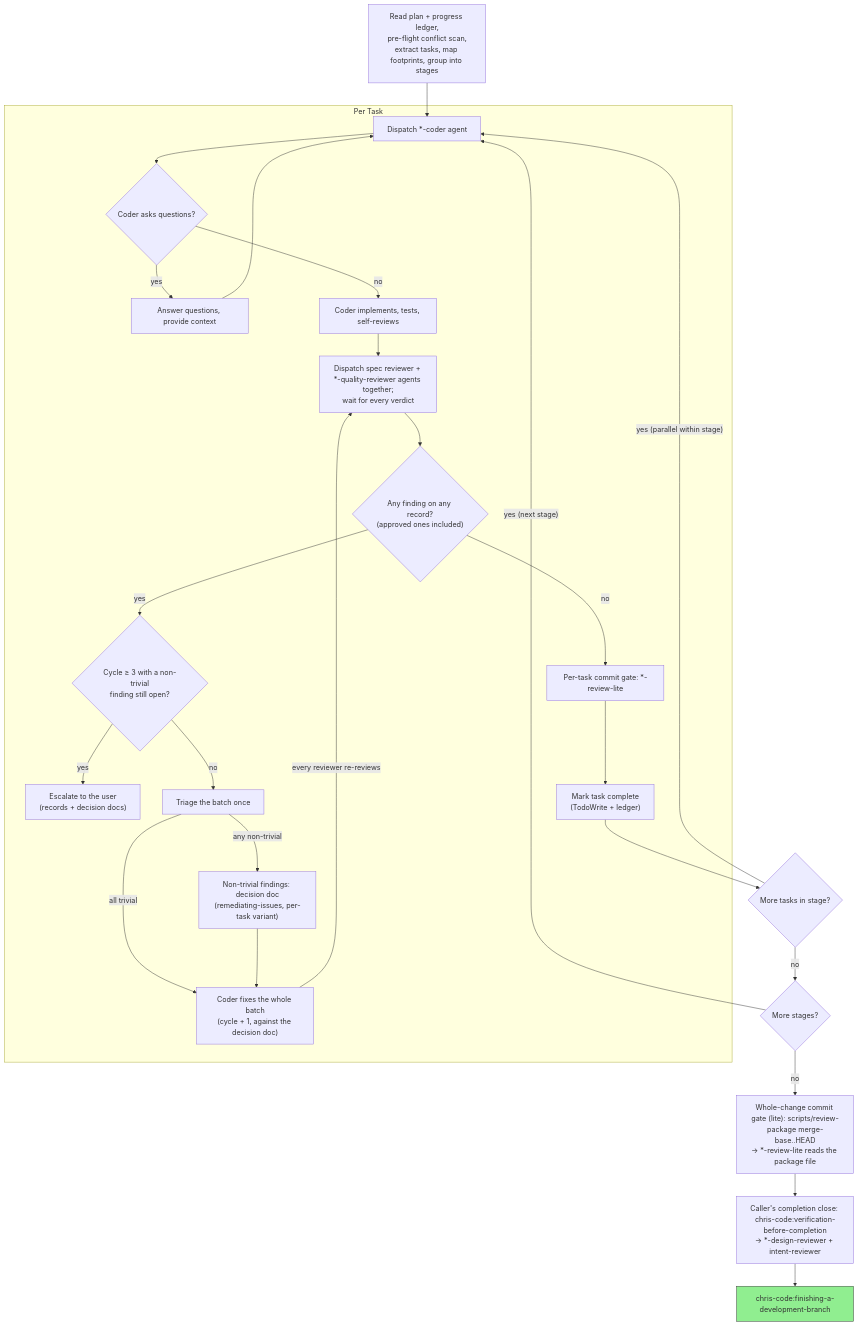
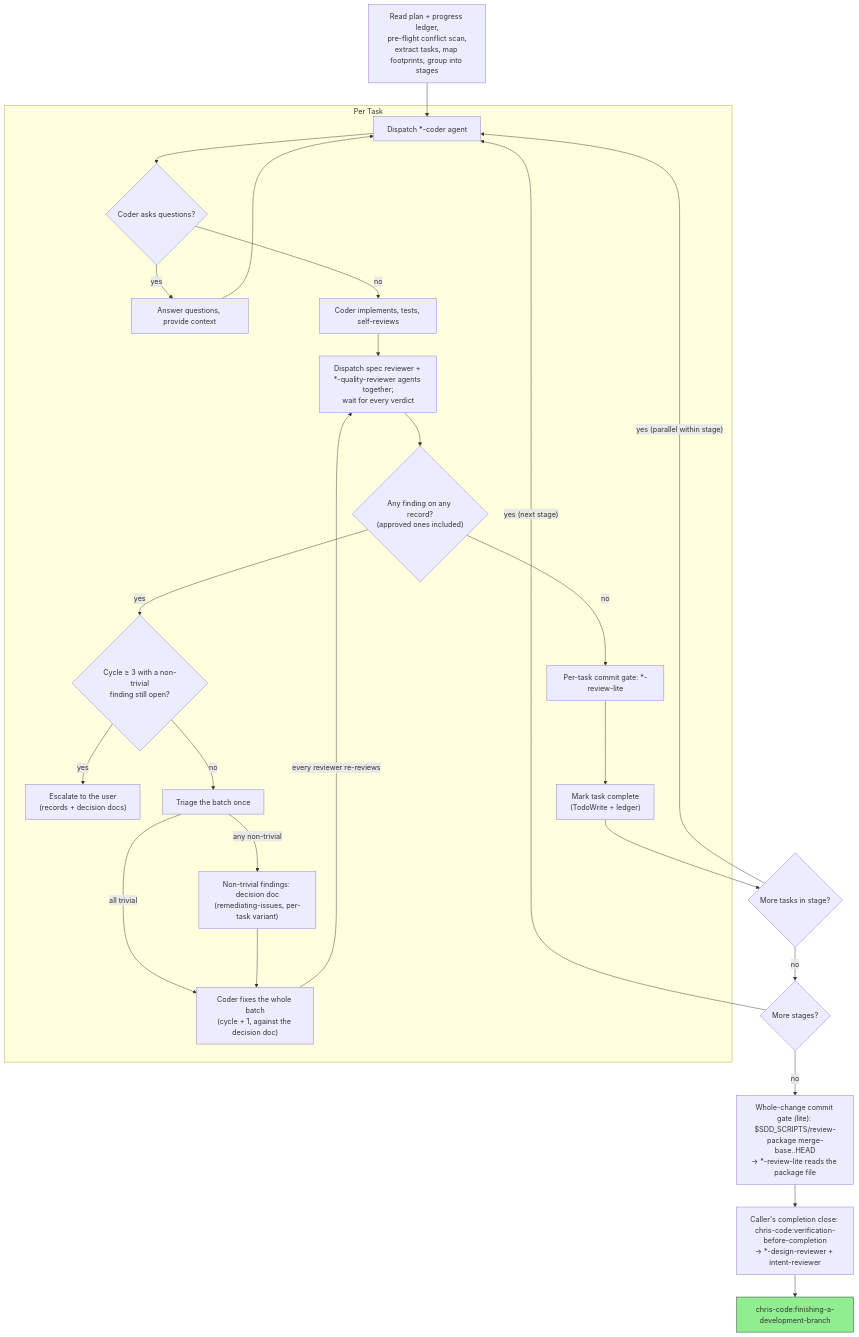
One commit to chris-santiago/claude-plugins changed the diagram in chris-code/skills/subagent-driven-development/SKILL.md. Above: the diagram before and after it, drawn with Mermaid. The commit also changed other lines of this file and 3 other files, not shown here.

First line of the commit message:
Route skill script calls through $SDD_SCRIPTS

````diff
--- a/chris-code/skills/subagent-driven-development/SKILL.md
+++ b/chris-code/skills/subagent-driven-development/SKILL.md
@@ -27,51 +27,51 @@
 ```mermaid
 flowchart TB
     subgraph Per Task
         coder["Dispatch *-coder agent"]
         questions{"Coder asks questions?"}
         answer["Answer questions, provide context"]
         implement["Coder implements, tests, self-reviews"]
         reviews["Dispatch spec reviewer + *-quality-reviewer agents together;<br/>wait for every verdict"]
         reviews_ok{"Any finding on any record?<br/>(approved ones included)"}
         cap{"Cycle ≥ 3 with a non-trivial<br/>finding still open?"}
         escalate["Escalate to the user<br/>(records + decision docs)"]
         triage["Triage the batch once"]
         decision["Non-trivial findings: decision doc<br/>(remediating-issues, per-task variant)"]
         fix["Coder fixes the whole batch<br/>(cycle + 1, against the decision doc)"]
         commit_gate["Per-task commit gate: *-review-lite"]
         done["Mark task complete<br/>(TodoWrite + ledger)"]
     end
 
     read["Read plan + progress ledger,<br/>pre-flight conflict scan,<br/>extract tasks, map footprints, group into stages"]
     more_tasks{"More tasks in stage?"}
     more_stages{"More stages?"}
-    final_gate["Whole-change commit gate (lite): scripts/review-package merge-base..HEAD<br/>→ *-review-lite reads the package file"]
+    final_gate["Whole-change commit gate (lite): $SDD_SCRIPTS/review-package merge-base..HEAD<br/>→ *-review-lite reads the package file"]
     verification["Caller's completion close: chris-code:verification-before-completion<br/>→ *-design-reviewer + intent-reviewer"]
     finish["chris-code:finishing-a-development-branch"]:::finish
 
     read --> coder
     coder --> questions
     questions -->|yes| answer
     answer --> coder
     questions -->|no| implement
     implement --> reviews
     reviews --> reviews_ok
     reviews_ok -->|yes| cap
     cap -->|yes| escalate
     cap -->|no| triage
     triage -->|any non-trivial| decision
     triage -->|all trivial| fix
     decision --> fix
     fix -->|"every reviewer re-reviews"| reviews
     reviews_ok -->|no| commit_gate
     commit_gate --> done
     done --> more_tasks
     more_tasks -->|"yes (parallel within stage)"| coder
     more_tasks -->|no| more_stages
     more_stages -->|"yes (next stage)"| coder
     more_stages -->|no| final_gate
     final_gate --> verification
     verification --> finish
 
     classDef finish fill:#90EE90,stroke:#333
 ```
````
